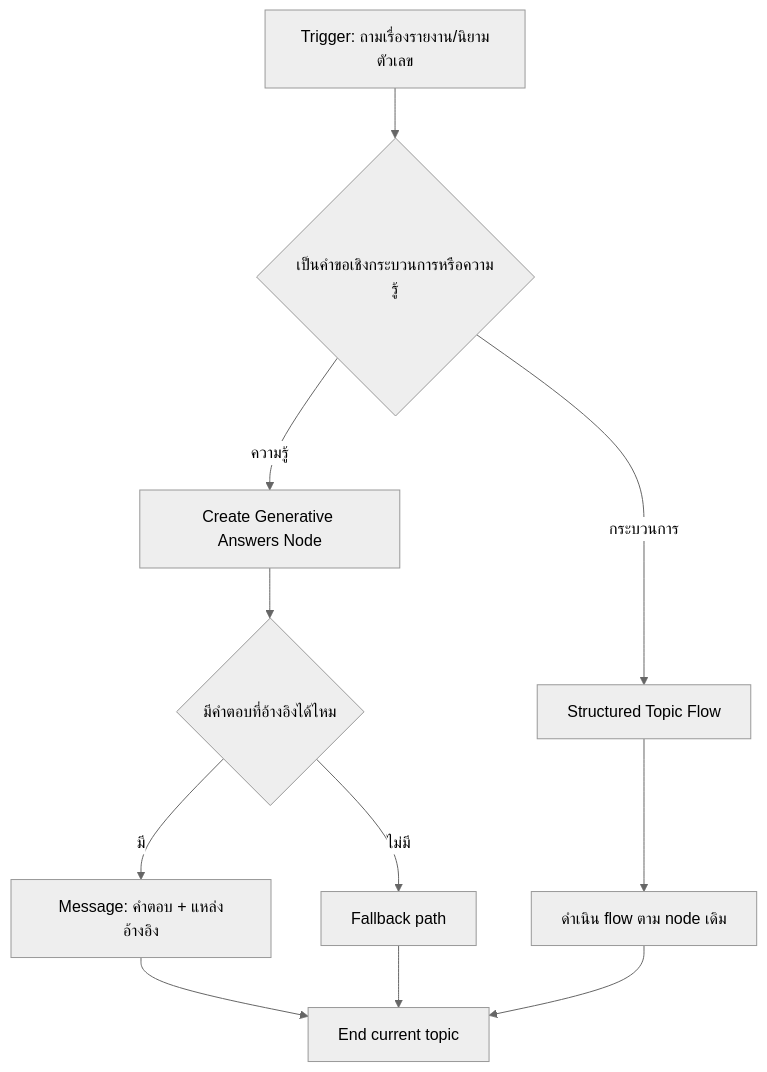
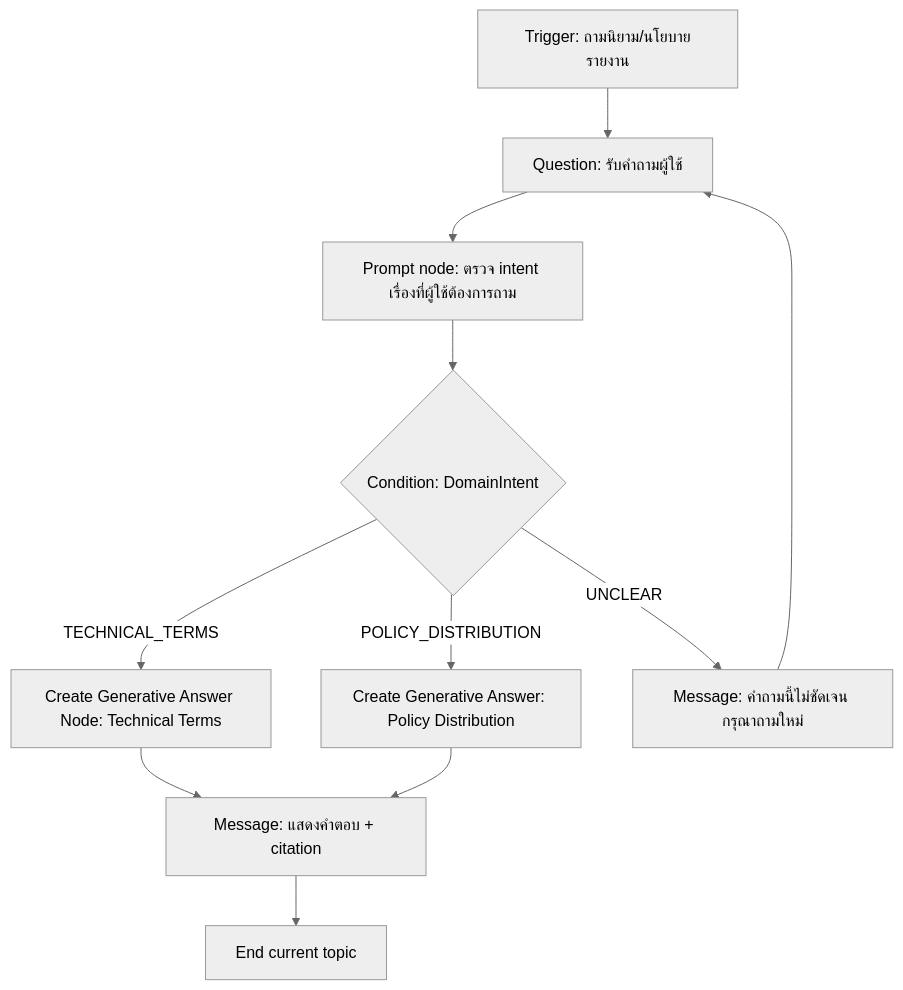
One commit to teerasej/ptt-gc-ai-creatiion-public changed the diagram in exercises/module-2/exercise-5-hybrid-topic-with-generative/README.md. Above: the diagram before and after it, drawn with Mermaid (neutral theme). The commit also changed other lines of this file and 17 other files, not shown here.

````diff
--- a/exercises/module-2/exercise-5-hybrid-topic-with-generative/README.md
+++ b/exercises/module-2/exercise-5-hybrid-topic-with-generative/README.md
@@ -7,13 +7,13 @@
 ```mermaid
 flowchart TD
-    A[Trigger: ถามเรื่องรายงาน/นิยามตัวเลข] --> B{เป็นคำขอเชิงกระบวนการหรือความรู้}
-    B -->|กระบวนการ| C[Structured Topic Flow]
-    B -->|ความรู้| D[Create Generative Answers Node]
-    D --> E{มีคำตอบที่อ้างอิงได้ไหม}
-    E -->|มี| F[Message: คำตอบ + แหล่งอ้างอิง]
-    E -->|ไม่มี| G[Fallback path]
-    C --> H[ดำเนิน flow ตาม node เดิม]
-    F --> I[End current topic]
-    G --> I
-    H --> I
+    A[Trigger: ถามนิยาม/นโยบายรายงาน] --> B[Question: รับคำถามผู้ใช้]
+    B --> C[Prompt node: ตรวจ intent เรื่องที่ผู้ใช้ต้องการถาม]
+    C --> D{Condition: DomainIntent}
+    D -->|TECHNICAL_TERMS| E[Create Generative Answer Node: Technical Terms]
+    D -->|POLICY_DISTRIBUTION| F[Create Generative Answer: Policy Distribution]
+    D -->|UNCLEAR| G[Message: คำถามนี้ไม่ชัดเจน กรุณาถามใหม่]
+    G --> B
+    E --> H[Message: แสดงคำตอบ + citation]
+    F --> H
+    H --> I[End current topic]
 ```
````
